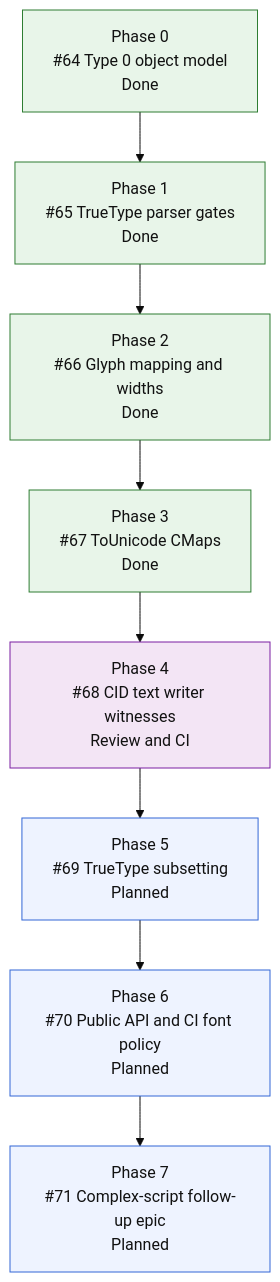
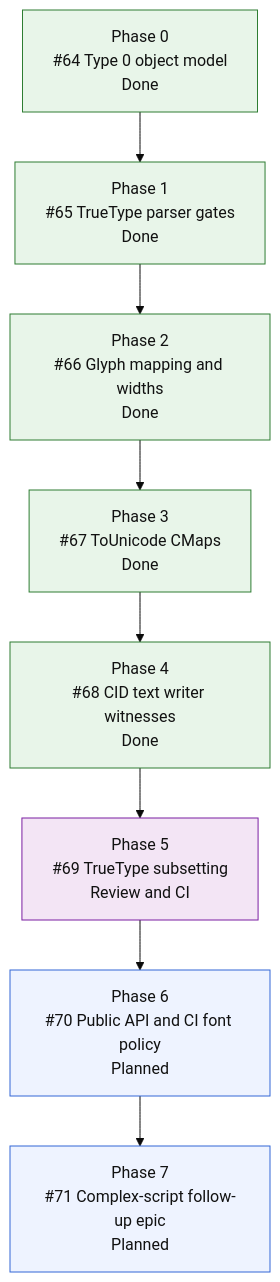
One commit to mihaelamj/MarkdownPDF changed the third of 3 diagrams in README.md. Above: the diagram before and after it, drawn with Mermaid (base theme). The commit also changed 7 other files, not shown here.

First line of the commit message:
Add TrueType font subsetting (#77)

````diff
--- a/README.md
+++ b/README.md
@@ -243,22 +243,22 @@
 ```mermaid
 flowchart TD
     E0["Phase 0<br/>#64 Type 0 object model<br/>Done"]
     E1["Phase 1<br/>#65 TrueType parser gates<br/>Done"]
     E2["Phase 2<br/>#66 Glyph mapping and widths<br/>Done"]
     E3["Phase 3<br/>#67 ToUnicode CMaps<br/>Done"]
-    E4["Phase 4<br/>#68 CID text writer witnesses<br/>Review and CI"]
-    E5["Phase 5<br/>#69 TrueType subsetting<br/>Planned"]
+    E4["Phase 4<br/>#68 CID text writer witnesses<br/>Done"]
+    E5["Phase 5<br/>#69 TrueType subsetting<br/>Review and CI"]
     E6["Phase 6<br/>#70 Public API and CI font policy<br/>Planned"]
     E7["Phase 7<br/>#71 Complex-script follow-up epic<br/>Planned"]
 
     E0 --> E1 --> E2 --> E3 --> E4 --> E5 --> E6 --> E7
 
     classDef done fill:#e8f5e9,stroke:#2e7d32,color:#111;
     classDef active fill:#e3f2fd,stroke:#1565c0,color:#111;
     classDef review fill:#f3e5f5,stroke:#7b1fa2,color:#111;
     classDef next fill:#fff8e1,stroke:#f9a825,color:#111;
     classDef todo fill:#eef3ff,stroke:#3367d6,color:#111;
-    class E0,E1,E2,E3 done;
-    class E4 review;
-    class E5,E6,E7 todo;
+    class E0,E1,E2,E3,E4 done;
+    class E5 review;
+    class E6,E7 todo;
 ```
````
